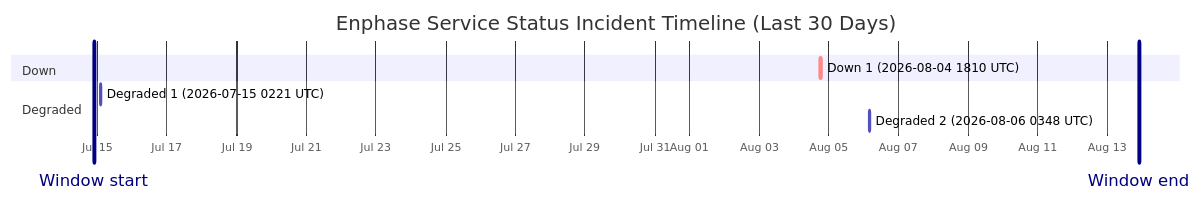
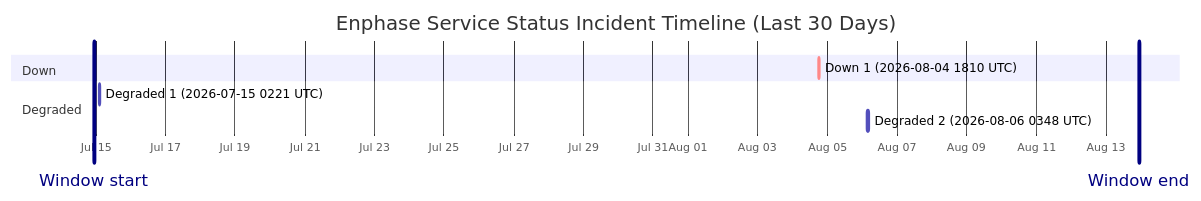
Before and after one commit to barneyonline/ha-enphase-energy: the diagram in wiki/Service-Status-History.md, drawn with Mermaid. The commit also changed other lines of this file and 3 other files, not shown here.

````diff
--- a/wiki/Service-Status-History.md
+++ b/wiki/Service-Status-History.md
@@ -14,13 +14,13 @@
 ```mermaid
 gantt
     title Enphase Service Status Incident Timeline (Last 30 Days)
     dateFormat  YYYY-MM-DDTHH:mm:ss
     axisFormat  %b %d
-    Window start :vert, window-start, 2026-07-14T21:42:18, 0ms
-    Window end :vert, window-end, 2026-08-13T21:42:18, 0ms
+    Window start :vert, window-start, 2026-07-14T22:39:11, 0ms
+    Window end :vert, window-end, 2026-08-13T22:39:11, 0ms
     section Down
     Down 1 (2026-08-04 1810 UTC) :crit, down-1, 2026-08-04T18:10:46, 60m
     section Degraded
     Degraded 1 (2026-07-15 0221 UTC) :active, degraded-1, 2026-07-15T02:21:35, 60m
     Degraded 2 (2026-08-06 0348 UTC) :active, degraded-2, 2026-08-06T03:48:14, 60m
 ```
````
